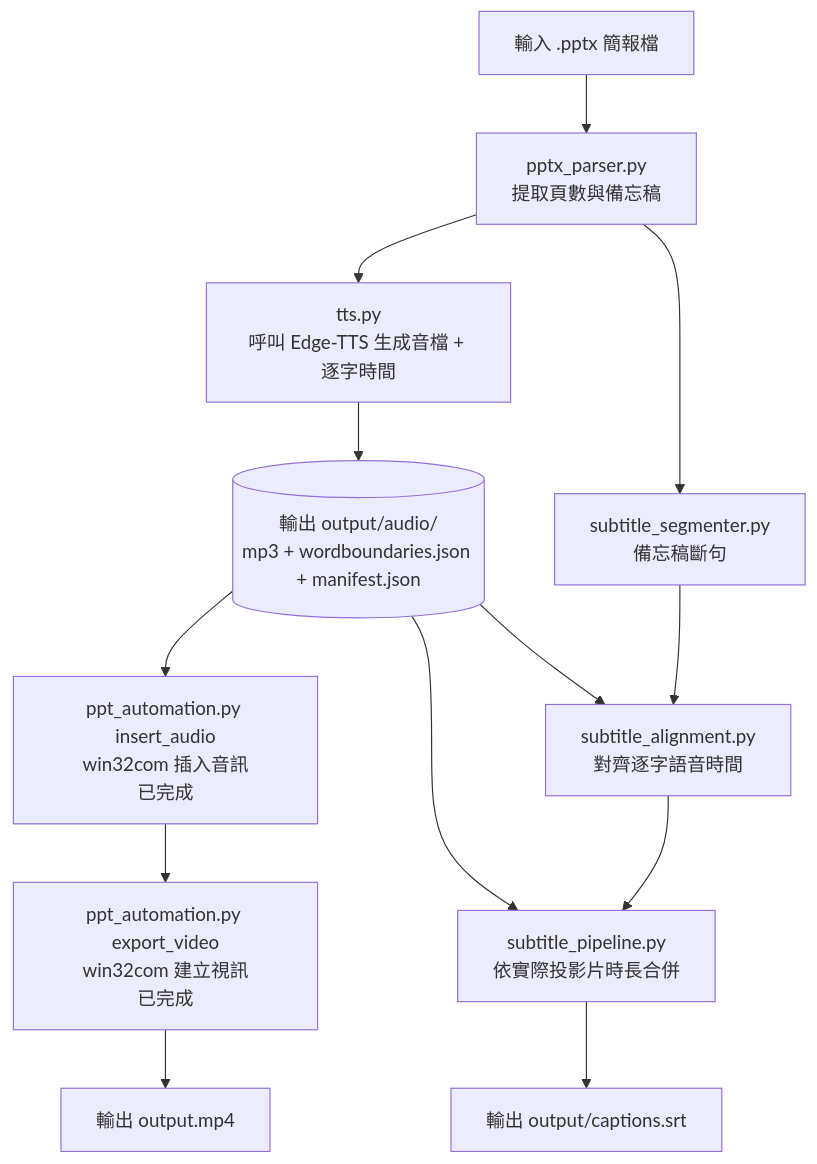
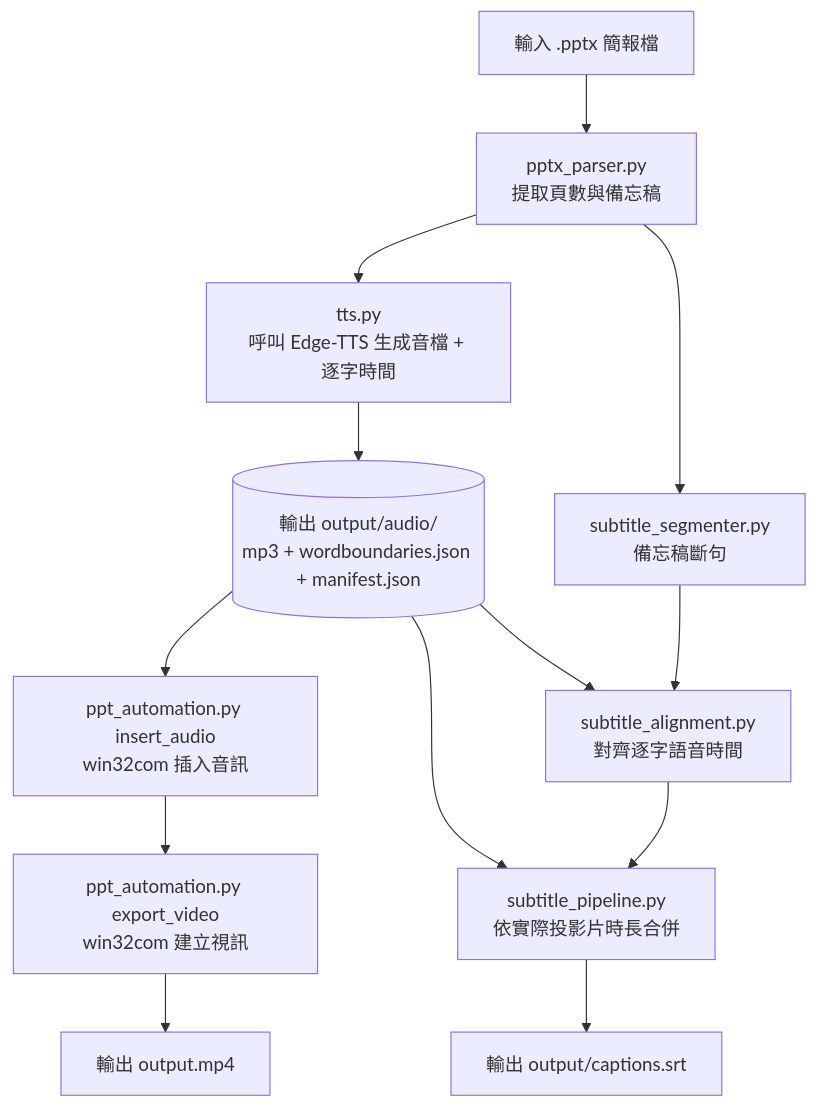
Before and after one commit to shuanhao/pptx2video: the diagram in README.md, drawn with Mermaid. The commit also changed other lines of this file, not shown here.

Commit message:
docs: dedupe one-shot command, sync project structure tree, drop stale mermaid status labels

````diff
--- a/README.md
+++ b/README.md
@@ -460,17 +449,17 @@
 ```mermaid
 graph TD
     A[輸入 .pptx 簡報檔] --> B[pptx_parser.py<br>提取頁數與備忘稿]
     B --> C[tts.py<br>呼叫 Edge-TTS 生成音檔 + 逐字時間]
     C --> D[(輸出 output/audio/<br>mp3 + wordboundaries.json + manifest.json)]
 
-    D --> E[ppt_automation.py insert_audio<br>win32com 插入音訊<br>已完成]
+    D --> E[ppt_automation.py insert_audio<br>win32com 插入音訊]
     B --> F1[subtitle_segmenter.py<br>備忘稿斷句]
     F1 --> F2[subtitle_alignment.py<br>對齊逐字語音時間]
     D --> F2
     F2 --> F3[subtitle_pipeline.py<br>依實際投影片時長合併]
     D --> F3
 
-    E --> G[ppt_automation.py export_video<br>win32com 建立視訊<br>已完成]
+    E --> G[ppt_automation.py export_video<br>win32com 建立視訊]
     G --> I[輸出 output.mp4]
     F3 --> H[輸出 output/captions.srt]
 ```
````
